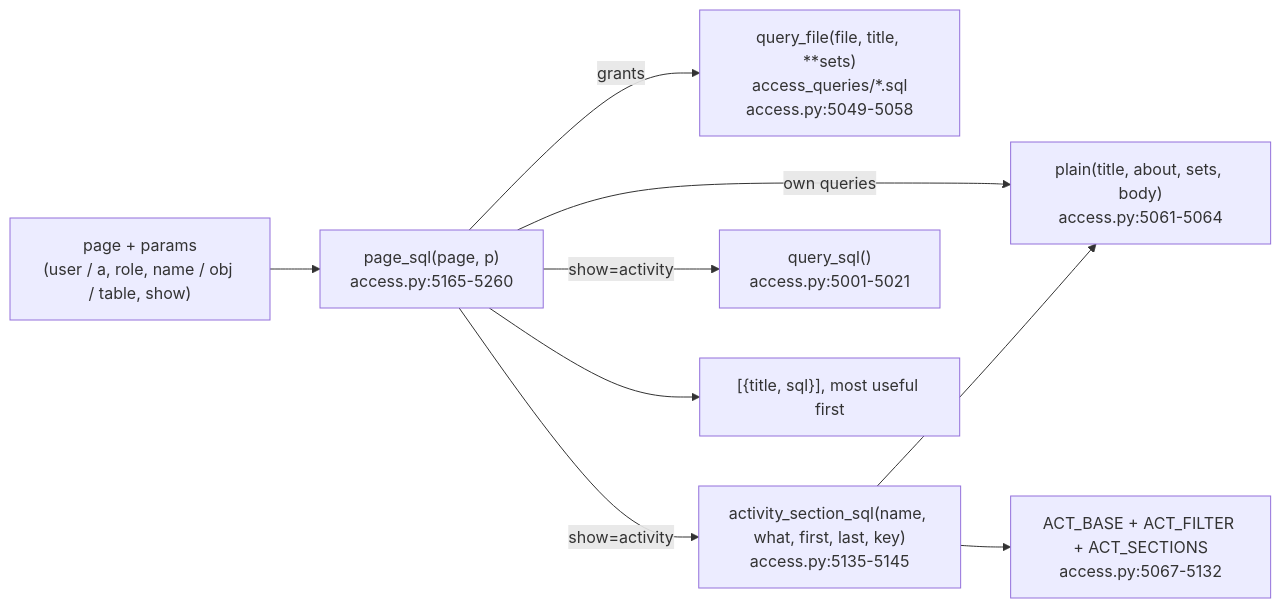
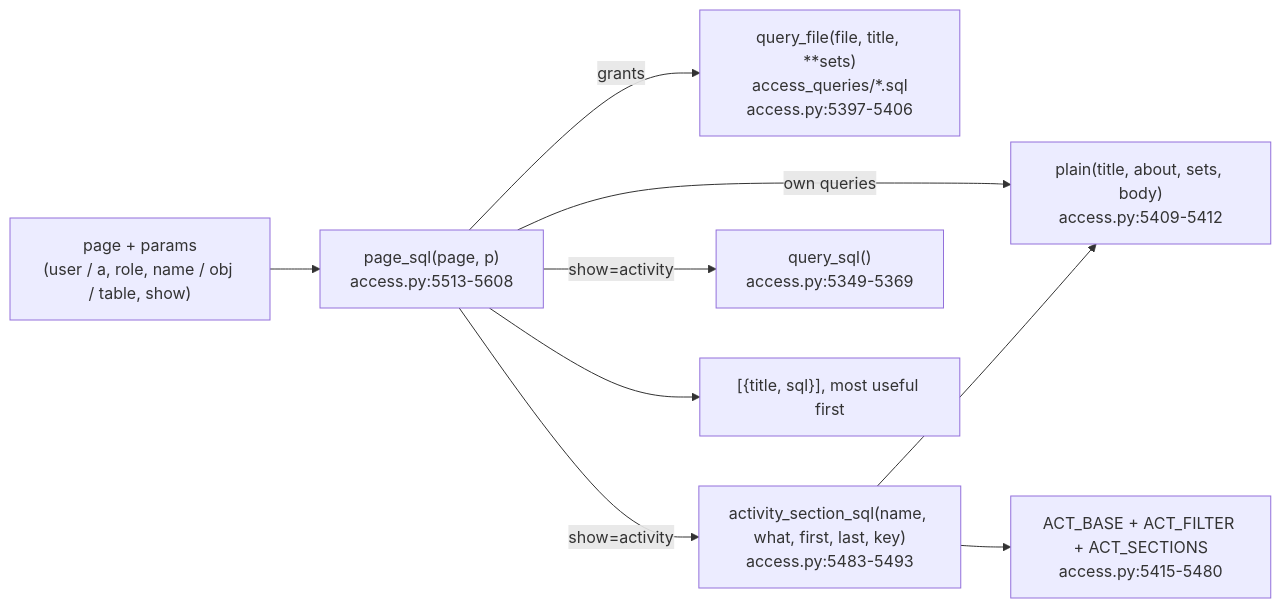
One commit to darshanmeel/snowflake-access-explorer changed the diagram in snowflake-access-explorer-knowledge-graph/logic/page-sql.md. Above: the diagram before and after it, drawn with Mermaid. The commit also changed other lines of this file and 86 other files, not shown here.

First line of the commit message:
Knowledge graph up to a71221c: paged pages, lazy graph boxes, read order, What changed at refresh, load steps

````diff
--- a/snowflake-access-explorer-knowledge-graph/logic/page-sql.md
+++ b/snowflake-access-explorer-knowledge-graph/logic/page-sql.md
@@ -6,11 +6,11 @@
 ```mermaid
 flowchart LR
-  P["page + params<br/>(user / a, role, name / obj / table, show)"] --> PS["page_sql(page, p)<br/>access.py:5165-5260"]
-  PS -->|grants| QF["query_file(file, title, **sets)<br/>access_queries/*.sql<br/>access.py:5049-5058"]
-  PS -->|own queries| PL["plain(title, about, sets, body)<br/>access.py:5061-5064"]
-  PS -->|show=activity| AS["activity_section_sql(name, what, first, last, key)<br/>access.py:5135-5145"]
+  P["page + params<br/>(user / a, role, name / obj / table, show)"] --> PS["page_sql(page, p)<br/>access.py:5513-5608"]
+  PS -->|grants| QF["query_file(file, title, **sets)<br/>access_queries/*.sql<br/>access.py:5397-5406"]
+  PS -->|own queries| PL["plain(title, about, sets, body)<br/>access.py:5409-5412"]
+  PS -->|show=activity| AS["activity_section_sql(name, what, first, last, key)<br/>access.py:5483-5493"]
   AS --> PL
-  AS --> AB["ACT_BASE + ACT_FILTER + ACT_SECTIONS<br/>access.py:5067-5132"]
-  PS -->|show=activity| QS["query_sql()<br/>access.py:5001-5021"]
+  AS --> AB["ACT_BASE + ACT_FILTER + ACT_SECTIONS<br/>access.py:5415-5480"]
+  PS -->|show=activity| QS["query_sql()<br/>access.py:5349-5369"]
   PS --> OUT["[{title, sql}], most useful first"]
 ```
````
